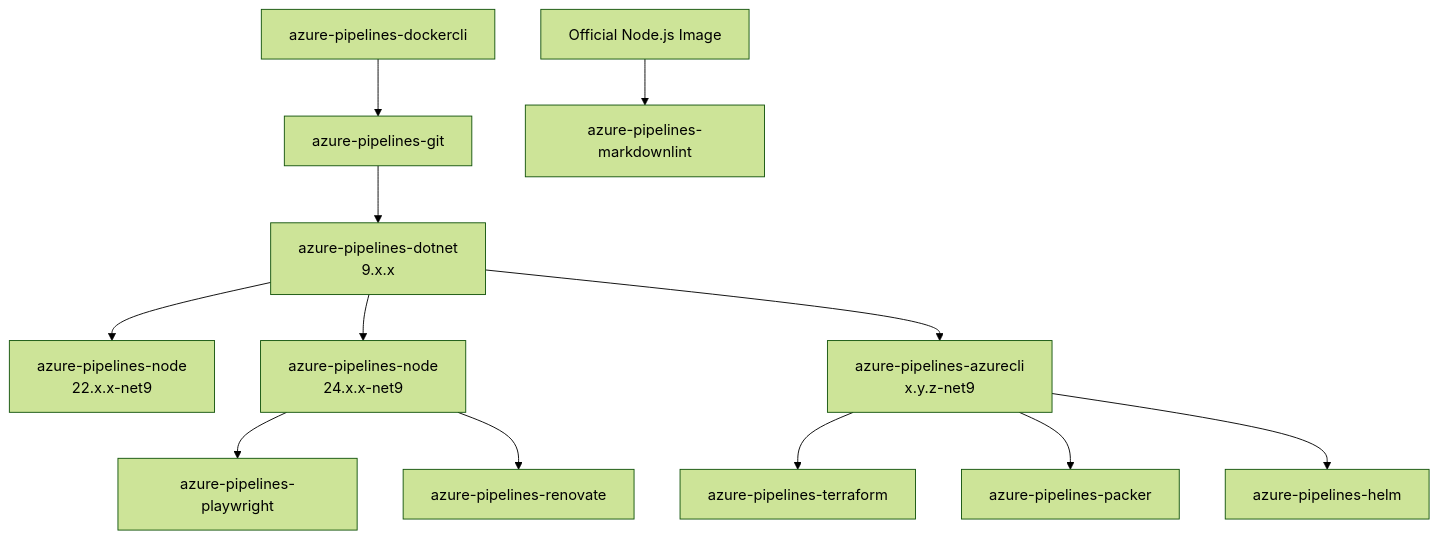
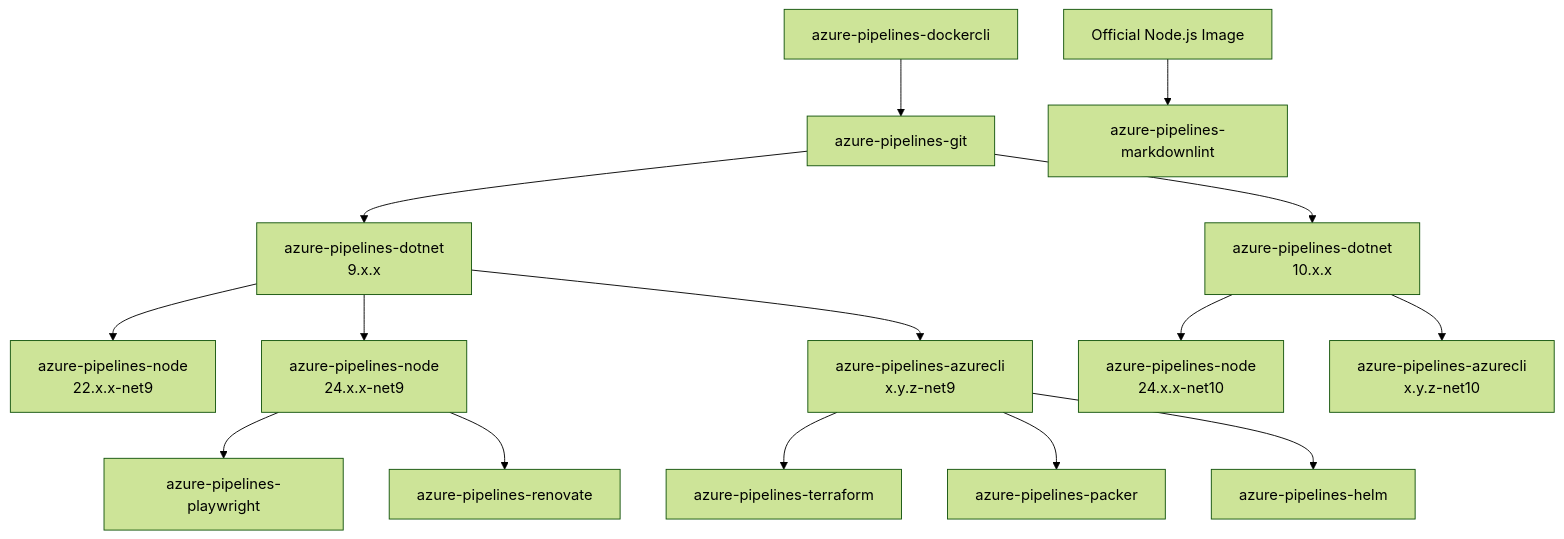
One commit to swissgrc/.github changed the diagram in profile/README.md. Above: the diagram before and after it, drawn with Mermaid (forest theme). The commit also changed other lines of this file, not shown here.

Commit message:
Add new .NET 10 based repositories (#339)

````diff
--- a/profile/README.md
+++ b/profile/README.md
@@ -23,59 +23,68 @@
 ```mermaid
 graph TB
     docker[azure-pipelines-dockercli]
     click docker "https://github.com/swissgrc/docker-azure-pipelines-dockercli"
 
     git[azure-pipelines-git]
     click git "https://github.com/swissgrc/docker-azure-pipelines-git"
 
     dotnet9[azure-pipelines-dotnet<br>9.x.x]
     click dotnet9 "https://github.com/swissgrc/docker-azure-pipelines-dotnet-9"
+    dotnet10[azure-pipelines-dotnet<br>10.x.x]
+    click dotnet10 "https://github.com/swissgrc/docker-azure-pipelines-dotnet-10"
 
     node22_9[azure-pipelines-node<br>22.x.x-net9]
     click node22_9 "https://github.com/swissgrc/docker-azure-pipelines-node22-net9"
     node24_9[azure-pipelines-node<br>24.x.x-net9]
     click node24_9 "https://github.com/swissgrc/docker-azure-pipelines-node24-net9"
+    node24_10[azure-pipelines-node<br>24.x.x-net10]
+    click node24_10 "https://github.com/swissgrc/docker-azure-pipelines-node24-net10"
 
     az9[azure-pipelines-azurecli<br>x.y.z-net9]
     click az9 "https://github.com/swissgrc/docker-azure-pipelines-azurecli-net9"
+    az10[azure-pipelines-azurecli<br>x.y.z-net10]
+    click az10 "https://github.com/swissgrc/docker-azure-pipelines-azurecli-net10"
 
     terraform[azure-pipelines-terraform]
     click terraform "https://github.com/swissgrc/docker-azure-pipelines-terraform"
     packer[azure-pipelines-packer]
     click packer "https://github.com/swissgrc/docker-azure-pipelines-packer"
     helm[azure-pipelines-helm]
     click helm "https://github.com/swissgrc/docker-azure-pipelines-helm"
 
     playwright[azure-pipelines-playwright]
     click playwright "https://github.com/swissgrc/docker-azure-pipelines-playwright"
 
     markdownlint[azure-pipelines-markdownlint]
     click markdownlint "https://github.com/swissgrc/docker-azure-pipelines-markdownlint"
 
     renovate[azure-pipelines-renovate]
     click renovate "https://github.com/swissgrc/docker-azure-pipelines-renovate"
 
     %% External Images
     nodejs[Official Node.js Image]
     click nodejs "https://hub.docker.com/_/node"
 
     %% Inheritance relationships (top-down)
     docker --> git
 
     git --> dotnet9
+    git --> dotnet10
 
     dotnet9 --> node22_9
-    dotnet9 --> node24_9
+    dotnet9 --> node24_9    
+    dotnet10 --> node24_10
 
     dotnet9 --> az9
+    dotnet10 --> az10
 
     az9 --> terraform
     az9 --> packer
     az9 --> helm
 
     node24_9 --> playwright
 
     nodejs --> markdownlint
 
     node24_9 --> renovate
 ```
````
